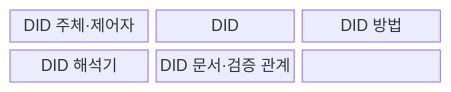
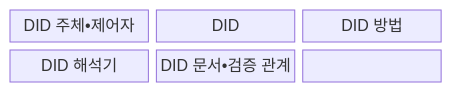
One commit to agnusdei1207/knowledge-base changed the first of 2 diagrams in src/content/docs/notes/05-security/068_w3c_did.md. Above: the diagram before and after it, drawn with Mermaid. The commit also changed other lines of this file and 953 other files, not shown here.

````diff
--- a/src/content/docs/notes/05-security/068_w3c_did.md
+++ b/src/content/docs/notes/05-security/068_w3c_did.md
@@ -63,10 +63,10 @@
 ```mermaid
 block-beta
   columns 3
-  A["DID 주체·제어자"]
+  A["DID 주체•제어자"]
   B["DID"]
   C["DID 방법"]
   D["DID 해석기"]
-  E["DID 문서·검증 관계"]
+  E["DID 문서•검증 관계"]
   A --> B --> C --> D --> E
 ```
````
